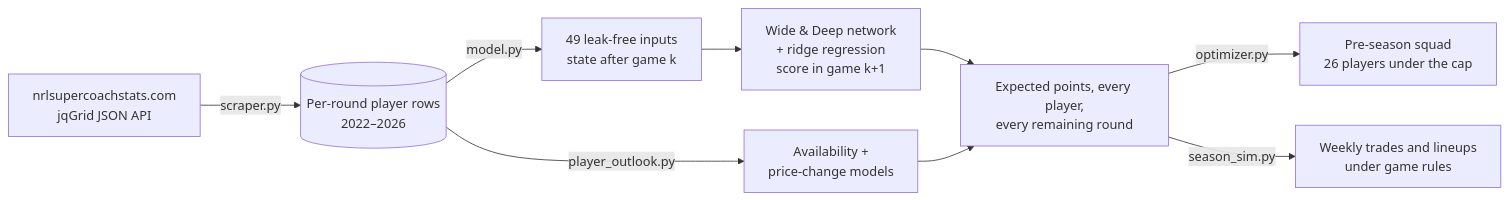
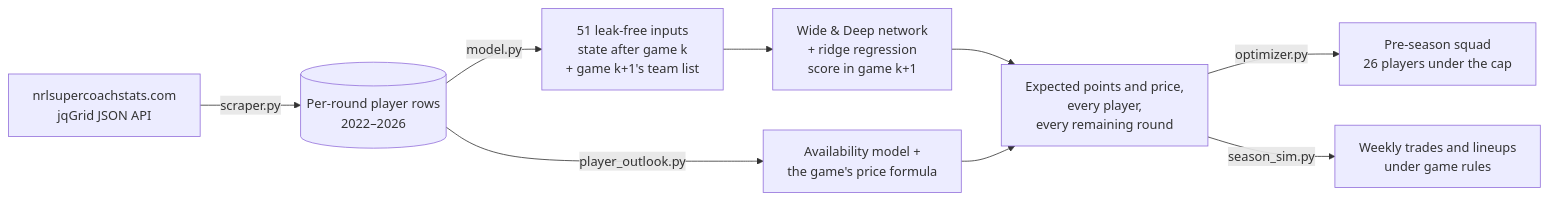
One commit to M-Attwood/NRL-Super-Team-Stats changed the first of 2 diagrams in README.md. Above: the diagram before and after it, drawn with Mermaid. The commit also changed other lines of this file and 38 other files, not shown here.

````diff
--- a/README.md
+++ b/README.md
@@ -32,10 +34,10 @@
 ```mermaid
 flowchart LR
     A[nrlsupercoachstats.com<br/>jqGrid JSON API] -->|scraper.py| B[(Per-round player rows<br/>2022–2026)]
-    B -->|model.py| C[49 leak-free inputs<br/>state after game k]
+    B -->|model.py| C[51 leak-free inputs<br/>state after game k<br/>+ game k+1's team list]
     C --> D[Wide & Deep network<br/>+ ridge regression<br/>score in game k+1]
-    B -->|player_outlook.py| O[Availability +<br/>price-change models]
-    D & O --> E[Expected points, every player,<br/>every remaining round]
+    B -->|player_outlook.py| O[Availability model +<br/>the game's price formula]
+    D & O --> E[Expected points and price,<br/>every player,<br/>every remaining round]
     E -->|optimizer.py| F[Pre-season squad<br/>26 players under the cap]
     E -->|season_sim.py| G[Weekly trades and lineups<br/>under game rules]
 ```
````
